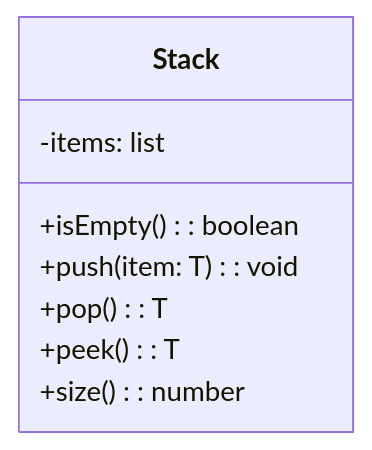
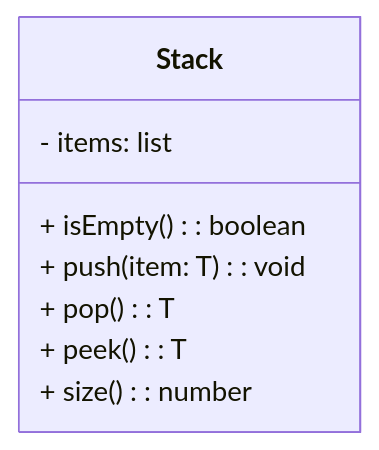
Before and after one commit to GMyhf/2024spring-cs201: the first of 3 diagrams in basic_data_structures.md, drawn with Mermaid. The commit also changed other lines of this file, not shown here.

````diff
--- a/basic_data_structures.md
+++ b/basic_data_structures.md
@@ -107,11 +107,12 @@
 ```mermaid
 classDiagram
     class Stack {
-        -items: list
-        +isEmpty(): boolean
-        +push(item: T): void
-        +pop(): T
-        +peek(): T 
-        +size(): number
+        - items: list
+        
+        + isEmpty(): boolean
+        + push(item: T): void
+        + pop(): T
+        + peek(): T 
+        + size(): number
     }
 ```
````
